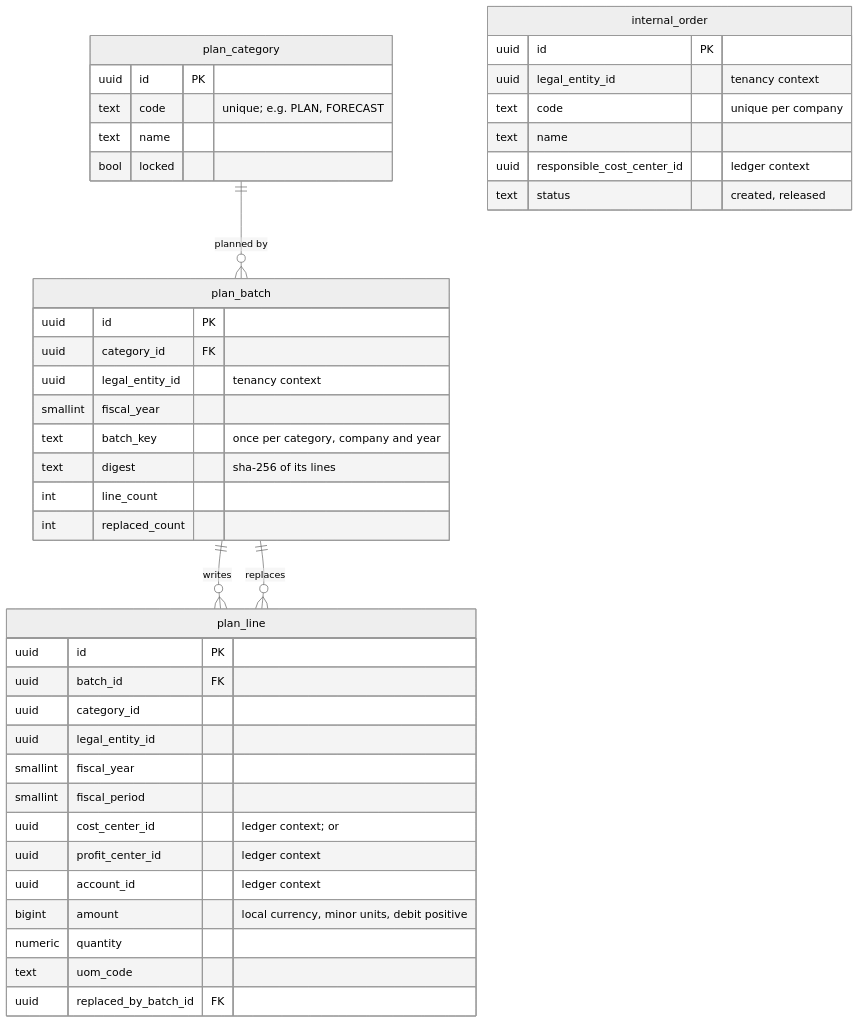
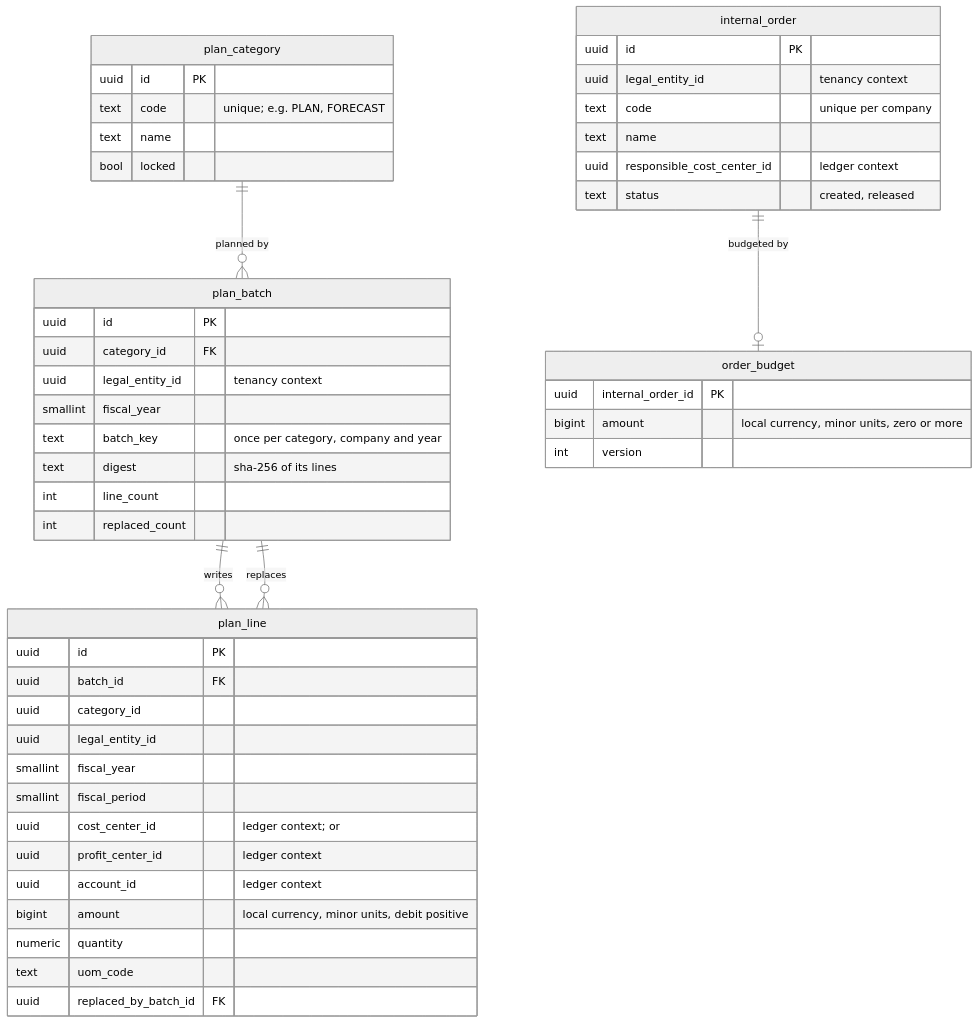
Diagram 11 of 14 in docs/design/03-data-model.md (mustie7iy/agentic-erp), drawn with Mermaid (neutral theme) before and after one commit. The commit also changed other lines of this file and 34 other files, not shown here.

First line of the commit message:
T60c: an internal order's budget against its actual costs (ADR-0064 §3)

````diff
--- a/docs/design/03-data-model.md
+++ b/docs/design/03-data-model.md
@@ -3362,37 +3363,41 @@
 ```mermaid
 erDiagram
   plan_category ||--o{ plan_batch : "planned by"
   plan_batch ||--o{ plan_line : "writes"
   plan_batch ||--o{ plan_line : "replaces"
   plan_category { uuid id PK
     text code "unique; e.g. PLAN, FORECAST"
     text name
     bool locked }
   plan_batch { uuid id PK
     uuid category_id FK
     uuid legal_entity_id "tenancy context"
     smallint fiscal_year
     text batch_key "once per category, company and year"
     text digest "sha-256 of its lines"
     int line_count
     int replaced_count }
   plan_line { uuid id PK
     uuid batch_id FK
     uuid category_id
     uuid legal_entity_id
     smallint fiscal_year
     smallint fiscal_period
     uuid cost_center_id "ledger context; or"
     uuid profit_center_id "ledger context"
     uuid account_id "ledger context"
     bigint amount "local currency, minor units, debit positive"
     numeric quantity
     text uom_code
     uuid replaced_by_batch_id FK }
   internal_order { uuid id PK
     uuid legal_entity_id "tenancy context"
     text code "unique per company"
     text name
     uuid responsible_cost_center_id "ledger context"
     text status "created, released" }
+  internal_order ||--o| order_budget : "budgeted by"
+  order_budget { uuid internal_order_id PK
+    bigint amount "local currency, minor units, zero or more"
+    int version }
 ```
````
